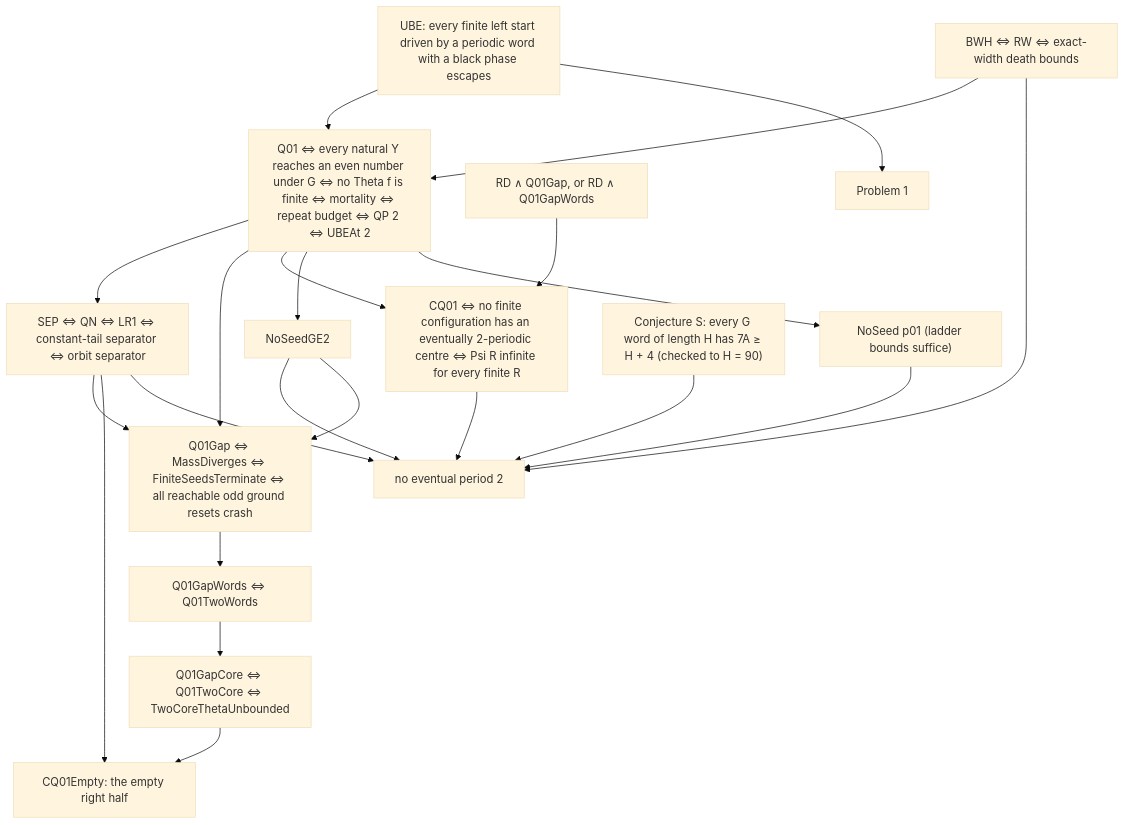
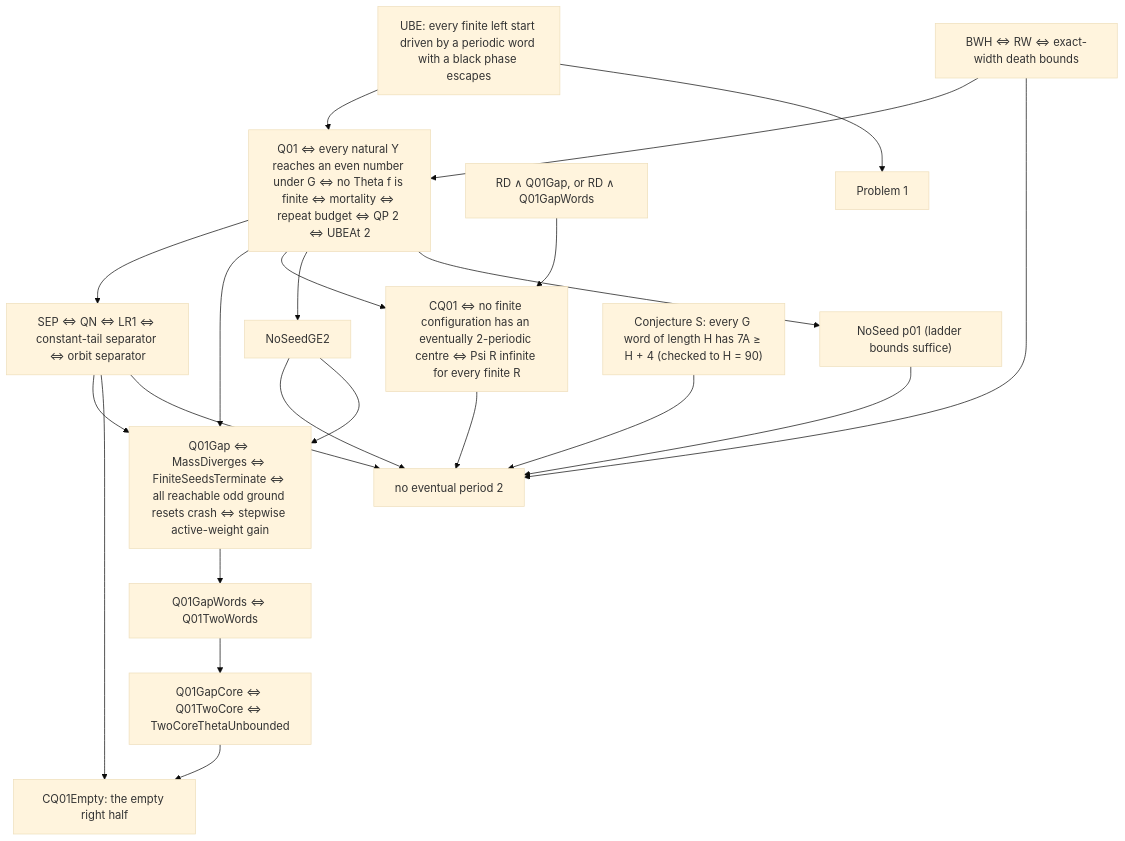
Before and after one commit to ghywel/rule30reset: the diagram in KIT.md, drawn with Mermaid (base theme). The commit also changed other lines of this file and 3 other files, not shown here.

````diff
--- a/KIT.md
+++ b/KIT.md
@@ -49,23 +49,23 @@
 ```mermaid
 graph TD
   UBE["UBE: every finite left start driven by a periodic word with a black phase escapes"] --> Q01
   BWH["BWH ⇔ RW ⇔ exact-width death bounds"] --> Q01
   Q01["Q01 ⇔ every natural Y reaches an even number under G ⇔ no Theta f is finite ⇔ mortality ⇔ repeat budget ⇔ QP 2 ⇔ UBEAt 2"]
   Q01 --> SEP["SEP ⇔ QN ⇔ LR1 ⇔ constant-tail separator ⇔ orbit separator"]
-  Q01 --> Q01Gap["Q01Gap ⇔ MassDiverges ⇔ FiniteSeedsTerminate ⇔ all reachable odd ground resets crash"]
+  Q01 --> Q01Gap["Q01Gap ⇔ MassDiverges ⇔ FiniteSeedsTerminate ⇔ all reachable odd ground resets crash ⇔ stepwise active-weight gain"]
   SEP --> Q01Gap
   Q01Gap --> Q01GW["Q01GapWords ⇔ Q01TwoWords"]
   Q01GW --> Q01GC["Q01GapCore ⇔ Q01TwoCore ⇔ TwoCoreThetaUnbounded"]
   Q01GC --> CQ01E["CQ01Empty: the empty right half"]
   SEP --> CQ01E
   Q01 --> CQ01["CQ01 ⇔ no finite configuration has an eventually 2-periodic centre ⇔ Psi R infinite for every finite R"]
   RDQ["RD ∧ Q01Gap, or RD ∧ Q01GapWords"] --> CQ01
   CQ01 --> NP2["no eventual period 2"]
   Q01 --> NSG["NoSeedGE2"] --> NP2
   NSG --> Q01Gap
   Q01 --> NS01["NoSeed p01 (ladder bounds suffice)"] --> NP2
   CS["Conjecture S: every G word of length H has 7A ≥ H + 4 (checked to H = 90)"] --> NP2
   SEP --> NP2
   BWH --> NP2
   UBE --> P1["Problem 1"]
 ```
````
